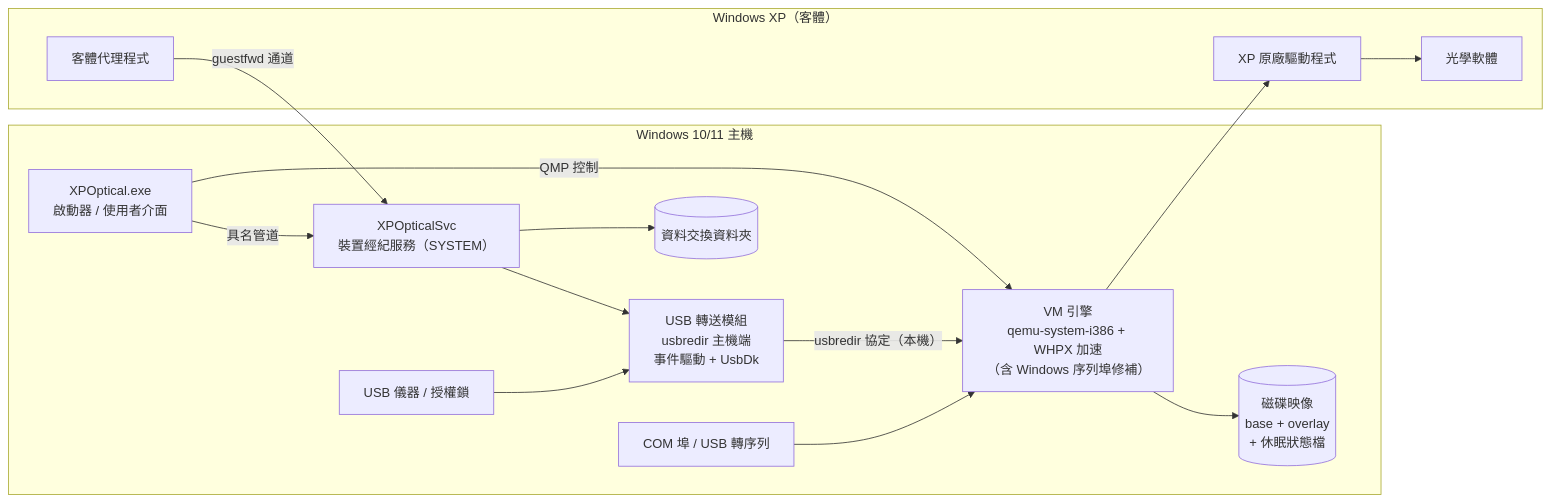
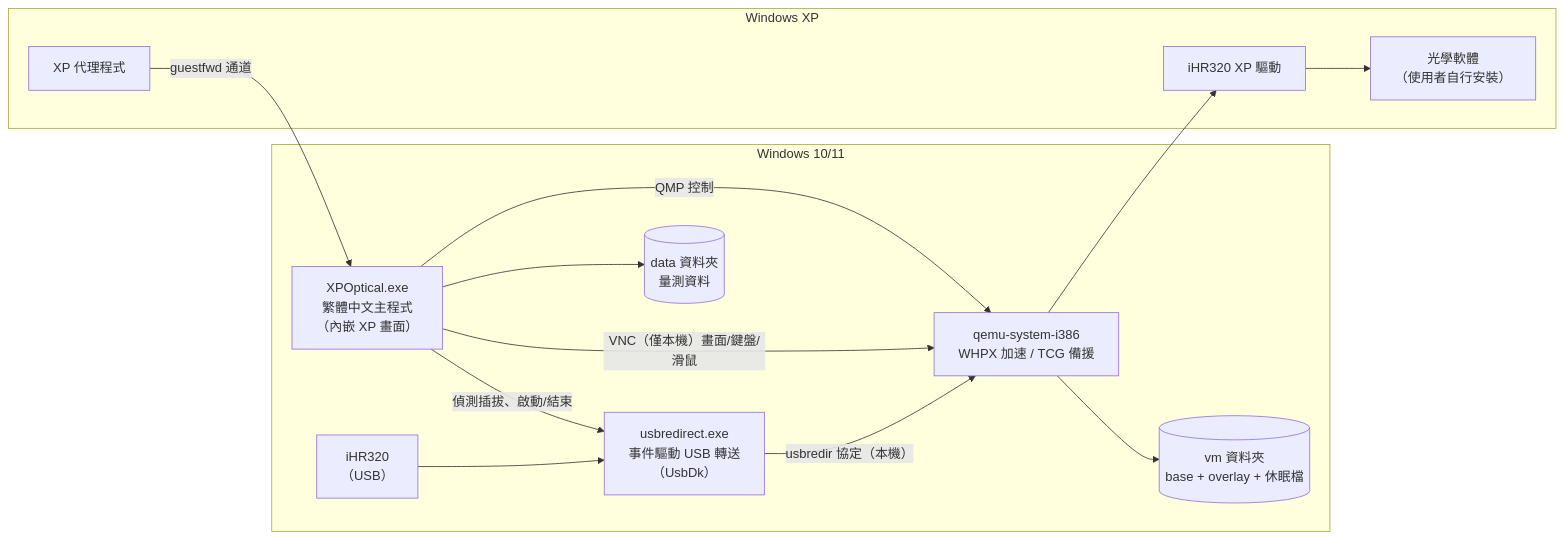
One commit to ToleLin/winxp-optical-system changed the diagram in docs/DESIGN.md. Above: the diagram before and after it, drawn with Mermaid. The commit also changed other lines of this file and 5 other files, not shown here.

````diff
--- a/docs/DESIGN.md
+++ b/docs/DESIGN.md
@@ -54,28 +54,24 @@
 ```mermaid
 flowchart LR
-  subgraph Host["Windows 10/11 主機"]
-    UI["XPOptical.exe<br/>啟動器 / 使用者介面"]
-    SVC["XPOpticalSvc<br/>裝置經紀服務（SYSTEM）"]
-    REDIR["USB 轉送模組<br/>usbredir 主機端<br/>事件驅動 + UsbDk"]
-    QEMU["VM 引擎<br/>qemu-system-i386 + WHPX 加速<br/>（含 Windows 序列埠修補）"]
-    STORE[("磁碟映像<br/>base + overlay<br/>+ 休眠狀態檔")]
-    DATA[("資料交換資料夾")]
-    USBDEV["USB 儀器 / 授權鎖"]
-    COM["COM 埠 / USB 轉序列"]
+  subgraph Host["Windows 10/11"]
+    UI["XPOptical.exe<br/>繁體中文主程式<br/>（內嵌 XP 畫面）"]
+    REDIR["usbredirect.exe<br/>事件驅動 USB 轉送<br/>（UsbDk）"]
+    QEMU["qemu-system-i386<br/>WHPX 加速 / TCG 備援"]
+    STORE[("vm 資料夾<br/>base + overlay + 休眠檔")]
+    DATA[("data 資料夾<br/>量測資料")]
+    IHR["iHR320<br/>（USB）"]
   end
-  subgraph Guest["Windows XP（客體）"]
-    DRV["XP 原廠驅動程式"]
-    APP["光學軟體"]
-    AGENT["客體代理程式"]
+  subgraph Guest["Windows XP"]
+    DRV["iHR320 XP 驅動"]
+    APP["光學軟體<br/>（使用者自行安裝）"]
+    AGENT["XP 代理程式"]
   end
   UI -- "QMP 控制" --> QEMU
-  UI -- "具名管道" --> SVC
-  SVC --> REDIR
-  USBDEV --> REDIR
-  REDIR -- "usbredir 協定（本機）" --> QEMU
-  COM --> QEMU
+  UI -- "VNC（僅本機）畫面/鍵盤/滑鼠" --> QEMU
+  UI -- "偵測插拔、啟動/結束" --> REDIR
+  IHR --> REDIR -- "usbredir 協定（本機）" --> QEMU
   QEMU --> DRV --> APP
-  AGENT -- "guestfwd 通道" --> SVC
-  SVC --> DATA
+  AGENT -- "guestfwd 通道" --> UI
+  UI --> DATA
   QEMU --> STORE
 ```
````
